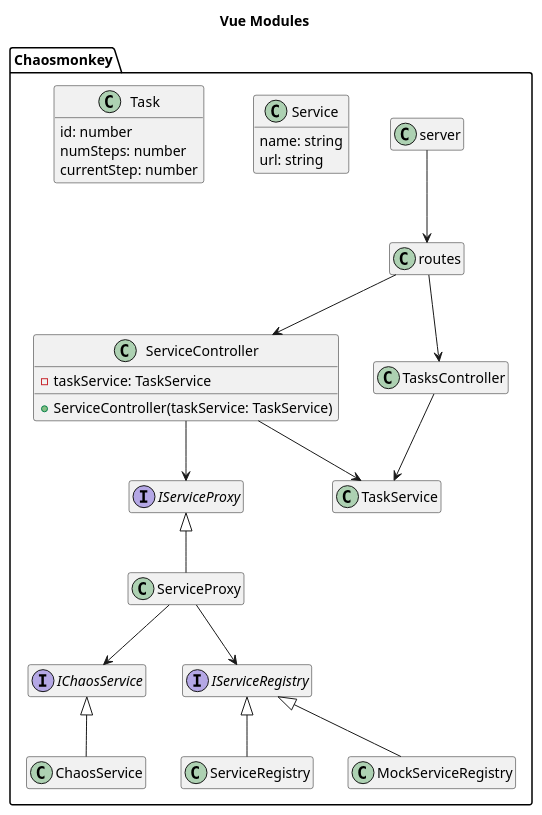
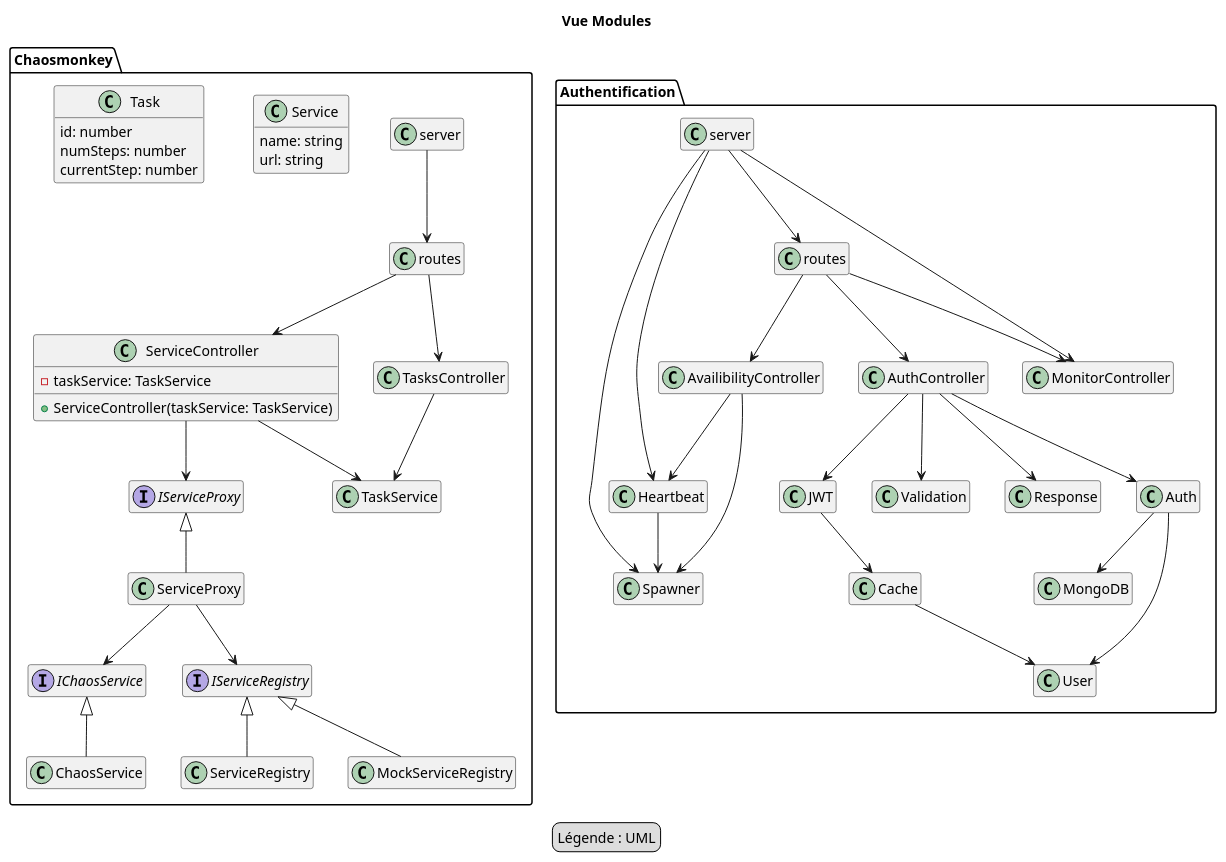
Before and after one commit to LOG430-MicroServices/LOG430-STM: the diagram in doc/plantuml/Vues_Architecturales_Modules/Presentation_primaire.plantuml, drawn with PlantUML. The commit also changed 4 other files, not shown here.

```diff
--- a/doc/plantuml/Vues_Architecturales_Modules/Presentation_primaire.plantuml
+++ b/doc/plantuml/Vues_Architecturales_Modules/Presentation_primaire.plantuml
@@ -1,46 +1,87 @@
 @startuml Vue Modules
 Title "Vue Modules"
 
 hide empty members
 
 package Chaosmonkey {
-  Class server
-  Class routes
+  Class "server" as chaos_server
+  Class "routes" as chaos_routes
   Class ServiceController{
     -taskService: TaskService
     +ServiceController(taskService: TaskService)
   }
   Class TasksController
   Class Service{
     name: string
     url: string
   }
   Interface IChaosService
   Class ChaosService
   Interface IServiceRegistry
   Class ServiceRegistry
   Class MockServiceRegistry
   Interface IServiceProxy
   Class ServiceProxy
   Class TaskService
   Class Task{
     id: number
     numSteps: number
     currentStep: number
   }
 
-  server --> routes
-  routes --> ServiceController
-  routes --> TasksController
+  chaos_server --> chaos_routes
+  chaos_routes --> ServiceController
+  chaos_routes --> TasksController
   ServiceController --> TaskService
   TasksController --> TaskService
   ServiceController --> IServiceProxy
   IServiceProxy <|-- ServiceProxy
   ServiceProxy --> IServiceRegistry
   IServiceRegistry <|-- ServiceRegistry
   IServiceRegistry <|-- MockServiceRegistry
   ServiceProxy --> IChaosService
   IChaosService <|-- ChaosService
 }
 
+package Authentification{
+  Class "server" as auth_server
+  Class "routes" as auth_routes
+  Class Heartbeat
+  Class Spawner
+  Class AuthController
+  Class AvailibilityController
+  Class MonitorController
+  Class Auth
+  Class Cache
+  Class MongoDB
+  Class Response
+  Class User
+  Class JWT
+  Class Validation
+
+  Heartbeat --> Spawner
+  AuthController --> Auth
+  AuthController --> Validation
+  AuthController --> JWT
+  AuthController --> Response
+  AvailibilityController --> Spawner
+  AvailibilityController --> Heartbeat
+  Auth --> MongoDB
+  Auth --> User
+  Cache --> User
+  auth_routes --> AuthController
+  auth_routes --> MonitorController
+  auth_routes --> AvailibilityController
+  auth_server --> auth_routes
+  auth_server --> MonitorController
+  auth_server --> Spawner
+  auth_server --> Heartbeat
+  JWT --> Cache
+}
+
+legend
+Légende : UML
+endlegend
+
+
 @enduml
```
